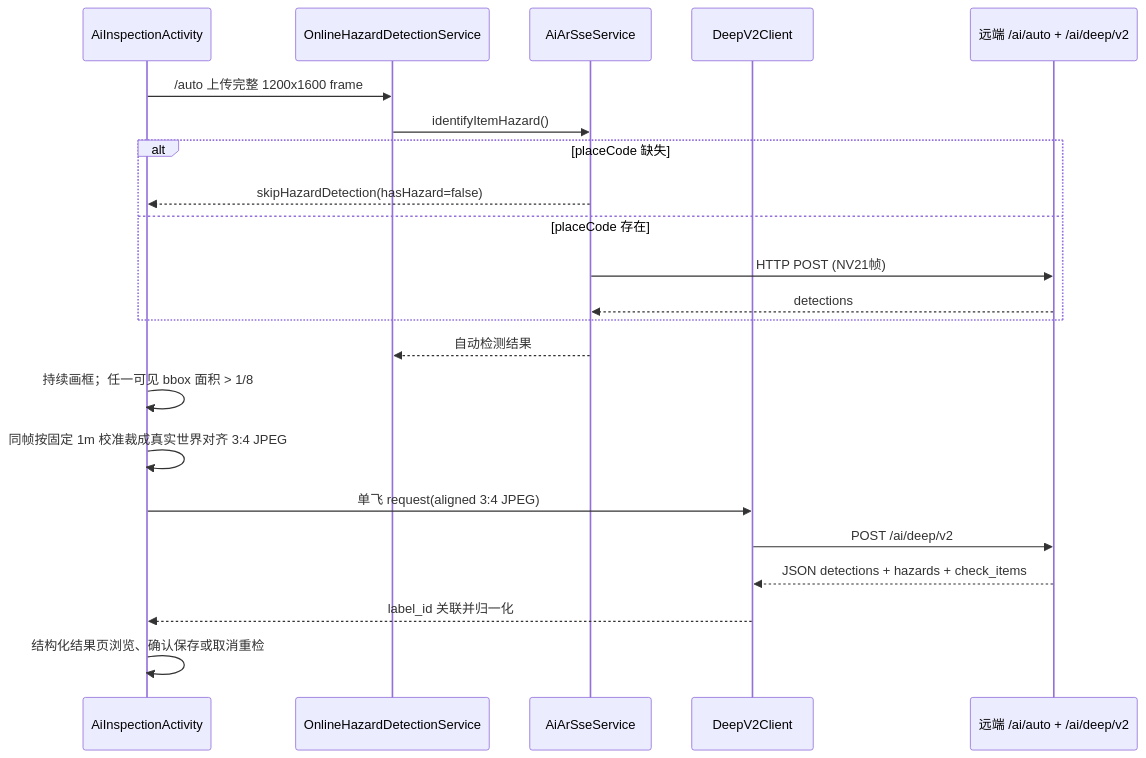
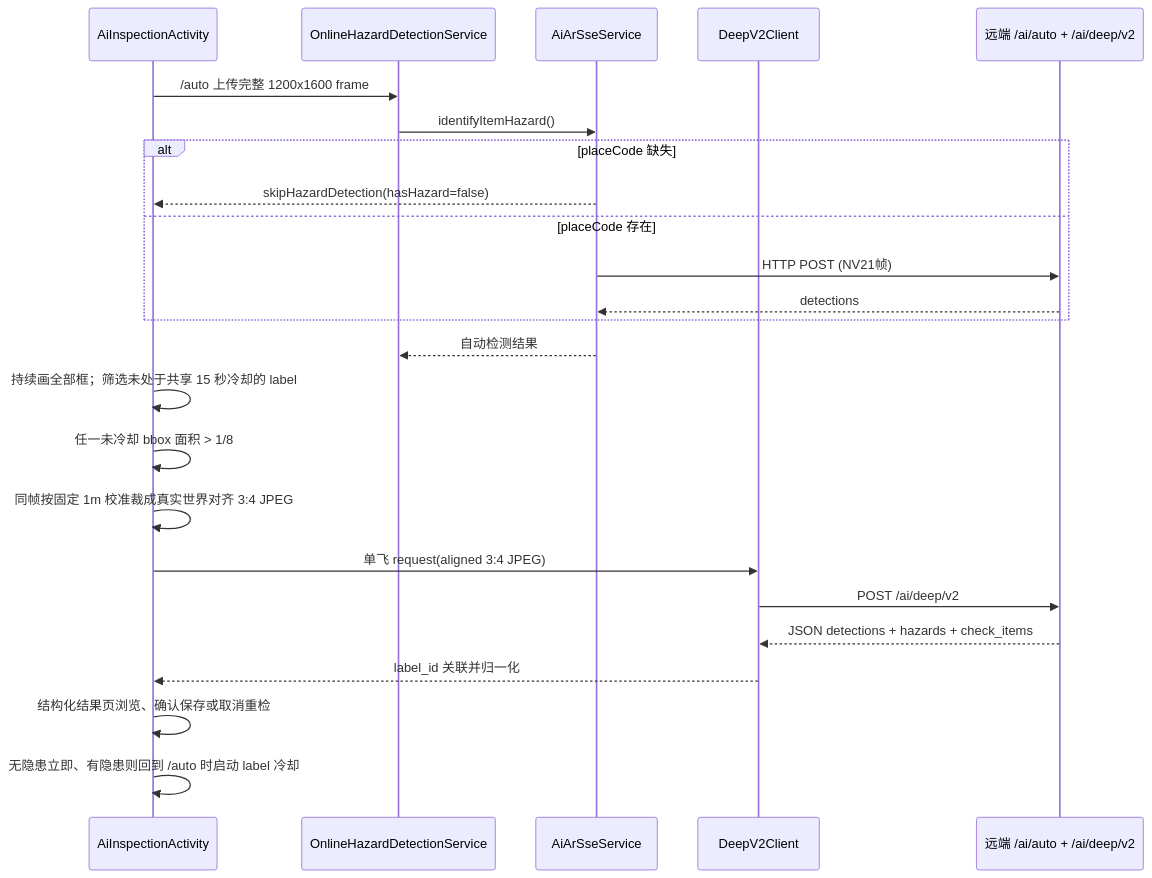
Before and after one commit to WuChaoli/HiddenRiskGlass: the fourth of 9 diagrams in docs/CODEMAPS.md, drawn with Mermaid. The commit also changed 8 other files, not shown here.

````diff
--- a/docs/CODEMAPS.md
+++ b/docs/CODEMAPS.md
@@ -191,25 +191,27 @@
 ```mermaid
 sequenceDiagram
     participant AI as AiInspectionActivity
     participant ODS as OnlineHazardDetectionService
     participant SSE as AiArSseService
     participant V2 as DeepV2Client
     participant Remote as 远端 /ai/auto + /ai/deep/v2
 
     AI->>ODS: /auto 上传完整 1200x1600 frame
     ODS->>SSE: identifyItemHazard()
     alt placeCode 缺失
         SSE-->>AI: skipHazardDetection(hasHazard=false)
     else placeCode 存在
         SSE->>Remote: HTTP POST (NV21帧)
         Remote-->>SSE: detections
     end
     SSE-->>ODS: 自动检测结果
-    AI->>AI: 持续画框；任一可见 bbox 面积 > 1/8
+    AI->>AI: 持续画全部框；筛选未处于共享 15 秒冷却的 label
+    AI->>AI: 任一未冷却 bbox 面积 > 1/8
     AI->>AI: 同帧按固定 1m 校准裁成真实世界对齐 3:4 JPEG
     AI->>V2: 单飞 request(aligned 3:4 JPEG)
     V2->>Remote: POST /ai/deep/v2
     Remote-->>V2: JSON detections + hazards + check_items
     V2-->>AI: label_id 关联并归一化
     AI->>AI: 结构化结果页浏览、确认保存或取消重检
+    AI->>AI: 无隐患立即、有隐患则回到 /auto 时启动 label 冷却
 ```
````
